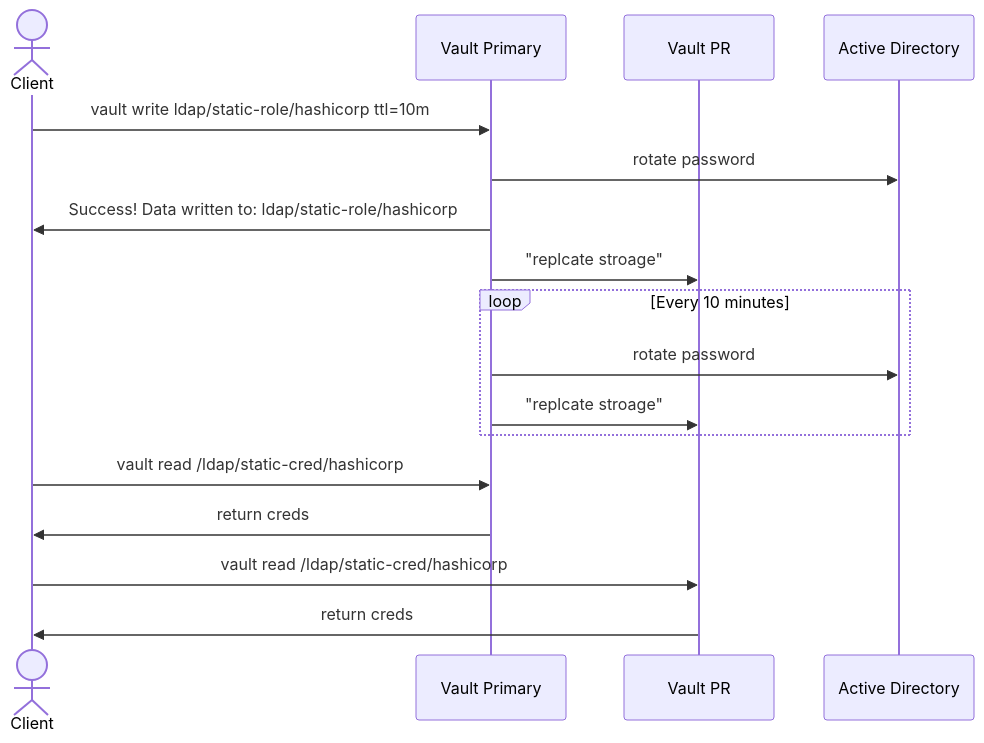
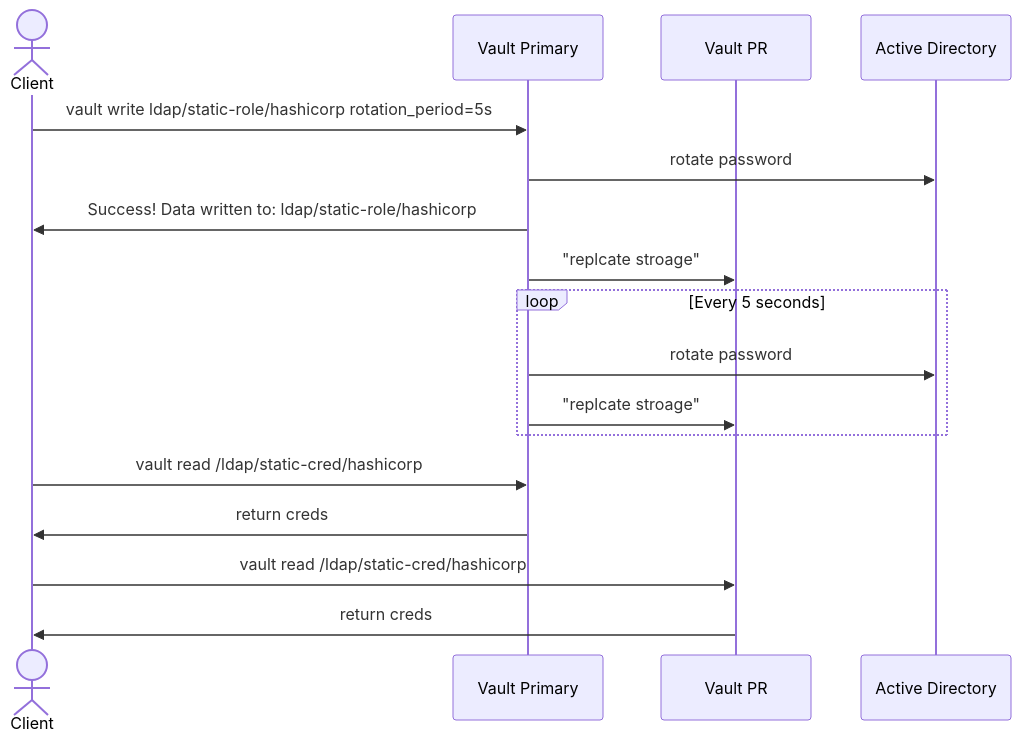
The third of 3 diagrams in README.md (tallen-hashicorp/vault-pr-ad-testing), drawn with Mermaid before and after one commit. The commit also changed other lines of this file, not shown here.

Commit message:
Update Diagram

````diff
--- a/README.md
+++ b/README.md
@@ -215,19 +218,19 @@
 ```mermaid
 sequenceDiagram
     actor c as Client
     participant vp as Vault Primary
     participant vpr as Vault PR
     participant ad as Active Directory
-    c->>vp: vault write ldap/static-role/hashicorp ttl=10m
+    c->>vp: vault write ldap/static-role/hashicorp rotation_period=5s
     vp->>ad: rotate password
     vp->>c: Success! Data written to: ldap/static-role/hashicorp
     vp->>vpr: "replcate stroage"
-    loop Every 10 minutes
+    loop Every 5 seconds
         vp->>ad: rotate password
         vp->>vpr: "replcate stroage"
     end
     c->>vp:vault read /ldap/static-cred/hashicorp
     vp->>c:return creds
     c->>vpr:vault read /ldap/static-cred/hashicorp
     vpr->>c:return creds
 ```
````
